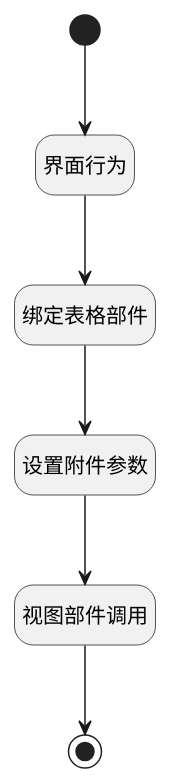
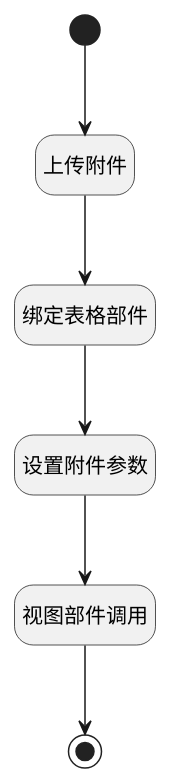
Before and after one commit to iBizLab/plm: the diagram in doc/docsify/module/Wiki/article_page/uilogic/add_attachment.md, drawn with PlantUML. The commit also changed other lines of this file and 1068 other files, not shown here.

````diff
--- a/doc/docsify/module/Wiki/article_page/uilogic/add_attachment.md
+++ b/doc/docsify/module/Wiki/article_page/uilogic/add_attachment.md
@@ -7,27 +7,27 @@
 ```plantuml
 @startuml
 hide footbox
 <style>
 root {
   HyperlinkColor #42b983
 }
 </style>
 
 hide empty description
 state "开始" as Begin <<start>> [[$./add_attachment#begin {开始}]]
 state "结束" as END1 <<end>> [[$./add_attachment#end1 {结束}]]
+state "视图部件调用" as VIEWCTRLINVOKE2  [[$./add_attachment#viewctrlinvoke2 {视图部件调用}]]
+state "上传附件" as DEUIACTION1  [[$./add_attachment#deuiaction1 {上传附件}]]
 state "绑定表格部件" as PREPAREJSPARAM1  [[$./add_attachment#preparejsparam1 {绑定表格部件}]]
-state "界面行为" as DEUIACTION1  [[$./add_attachment#deuiaction1 {界面行为}]]
 state "设置附件参数" as RAWJSCODE4  [[$./add_attachment#rawjscode4 {设置附件参数}]]
-state "视图部件调用" as VIEWCTRLINVOKE2  [[$./add_attachment#viewctrlinvoke2 {视图部件调用}]]
 
 
 Begin --> DEUIACTION1
 DEUIACTION1 --> PREPAREJSPARAM1
 PREPAREJSPARAM1 --> RAWJSCODE4
 RAWJSCODE4 --> VIEWCTRLINVOKE2
 VIEWCTRLINVOKE2 --> END1
 
 
 @enduml
 ```
````
